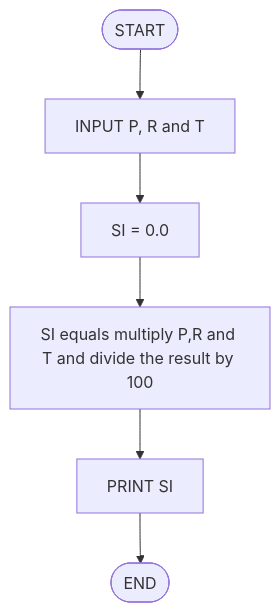
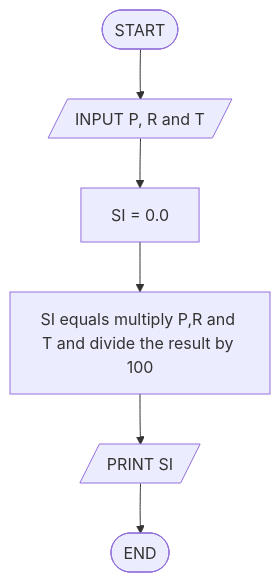
Before and after one commit to SangeethaNachimuthu/pseudocode-flowchart-workshop: the diagram in Exercise 5/SICalculatore.md, drawn with Mermaid. The commit also changed 10 other files, not shown here.

````diff
--- a/Exercise 5/SICalculatore.md
+++ b/Exercise 5/SICalculatore.md
@@ -1,8 +1,8 @@
 ```mermaid
 flowchart TD
-    A([START]) --> B[INPUT P, R and T]
+    A([START]) --> B[/INPUT P, R and T/]
     B --> C[SI = 0.0]
     C --> D[SI equals multiply P,R and T and divide the result by 100]
-    D --> E[PRINT SI]
+    D --> E[/PRINT SI/]
     E --> F([END])
 ```
````
